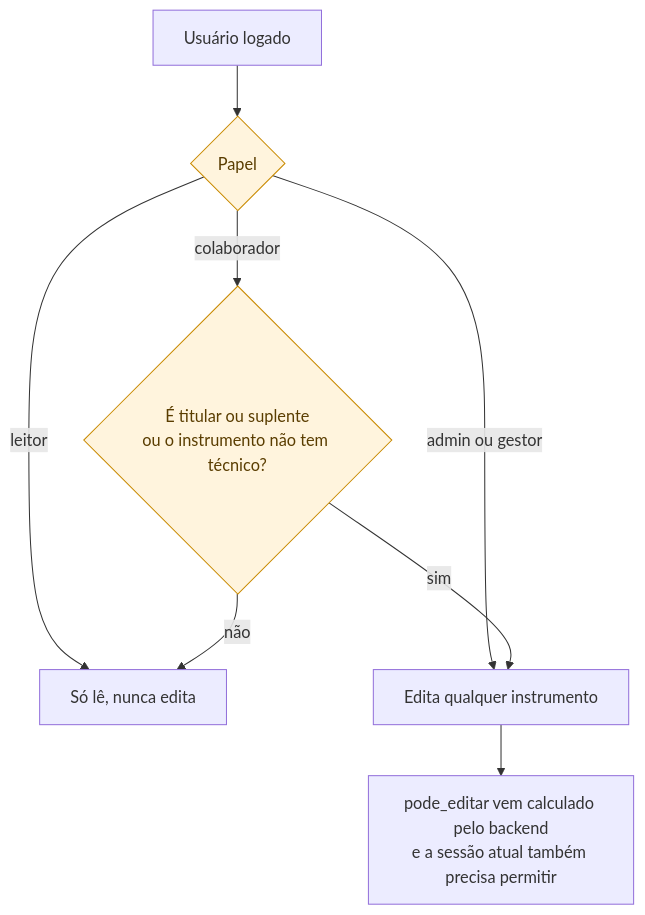
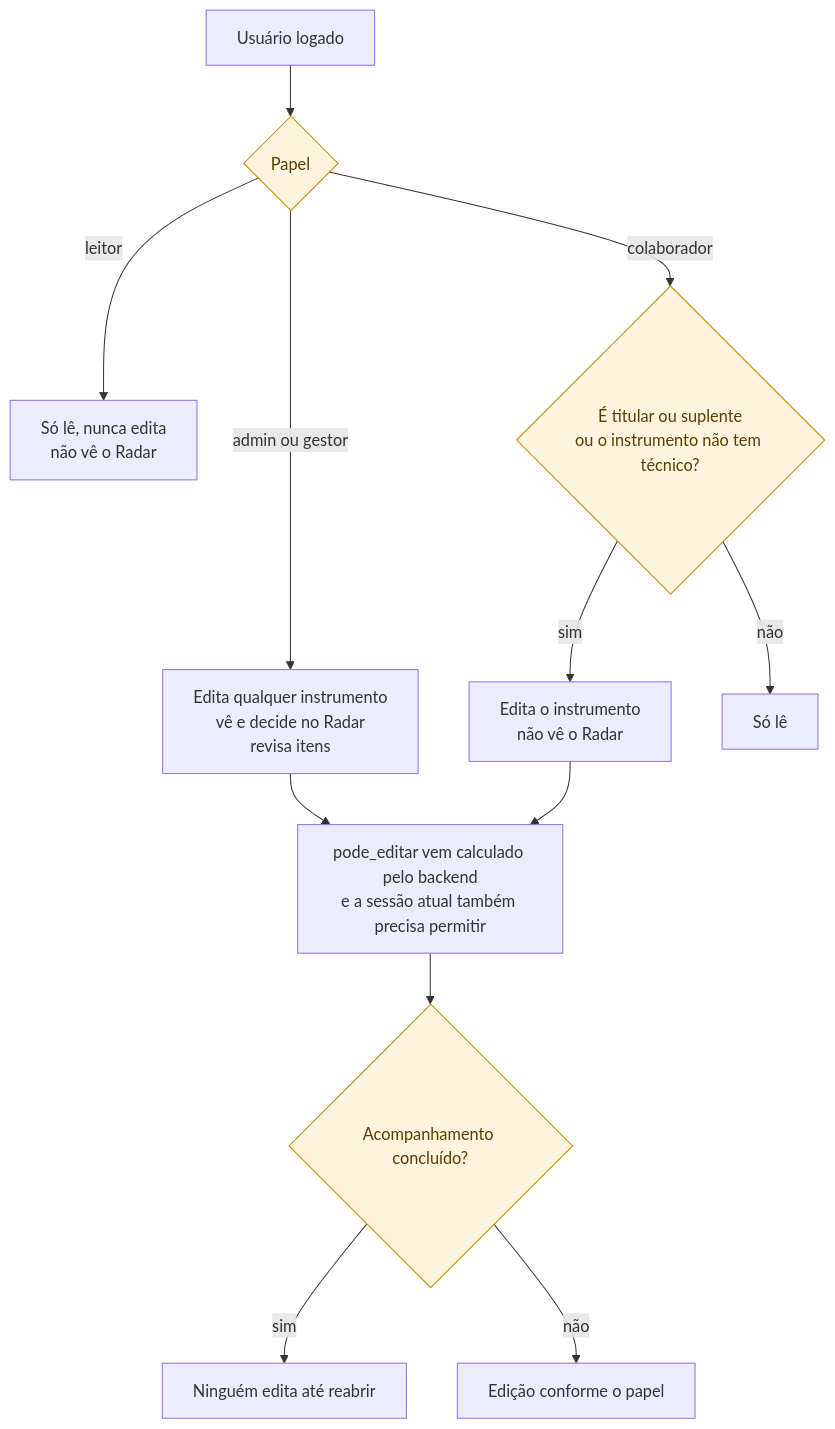
The ninth of 11 diagrams in docs/arquitetura/mapa-monitoramento-interno-2026-11-19.md (devs-ministerio/par_equipamentos), drawn with Mermaid before and after one commit. The commit also changed other lines of this file and 2 other files, not shown here.

Commit message:
docs: mapa do monitoramento (revisão 2) e trava de edição no instrumento concluído

````diff
--- a/docs/arquitetura/mapa-monitoramento-interno-2026-11-19.md
+++ b/docs/arquitetura/mapa-monitoramento-interno-2026-11-19.md
@@ -189,11 +262,15 @@
 ```mermaid
 flowchart TB
     classDef regra fill:#FFF4DD,stroke:#C98A00,color:#5a3d00
     U["Usuário logado"] --> R{"Papel"}:::regra
-    R -->|"leitor"| L["Só lê, nunca edita"]
-    R -->|"admin ou gestor"| T["Edita qualquer instrumento"]
+    R -->|"leitor"| L["Só lê, nunca edita<br/>não vê o Radar"]
+    R -->|"admin ou gestor"| T["Edita qualquer instrumento<br/>vê e decide no Radar<br/>revisa itens"]
     R -->|"colaborador"| CT{"É titular ou suplente<br/>ou o instrumento não tem técnico?"}:::regra
-    CT -->|"sim"| T
-    CT -->|"não"| L
+    CT -->|"sim"| E["Edita o instrumento<br/>não vê o Radar"]
+    CT -->|"não"| L2["Só lê"]
     T --> UI["pode_editar vem calculado pelo backend<br/>e a sessão atual também precisa permitir"]
+    E --> UI
+    UI --> CC{"Acompanhamento concluído?"}:::regra
+    CC -->|"sim"| TR["Ninguém edita até reabrir"]
+    CC -->|"não"| OK["Edição conforme o papel"]
 ```
````
